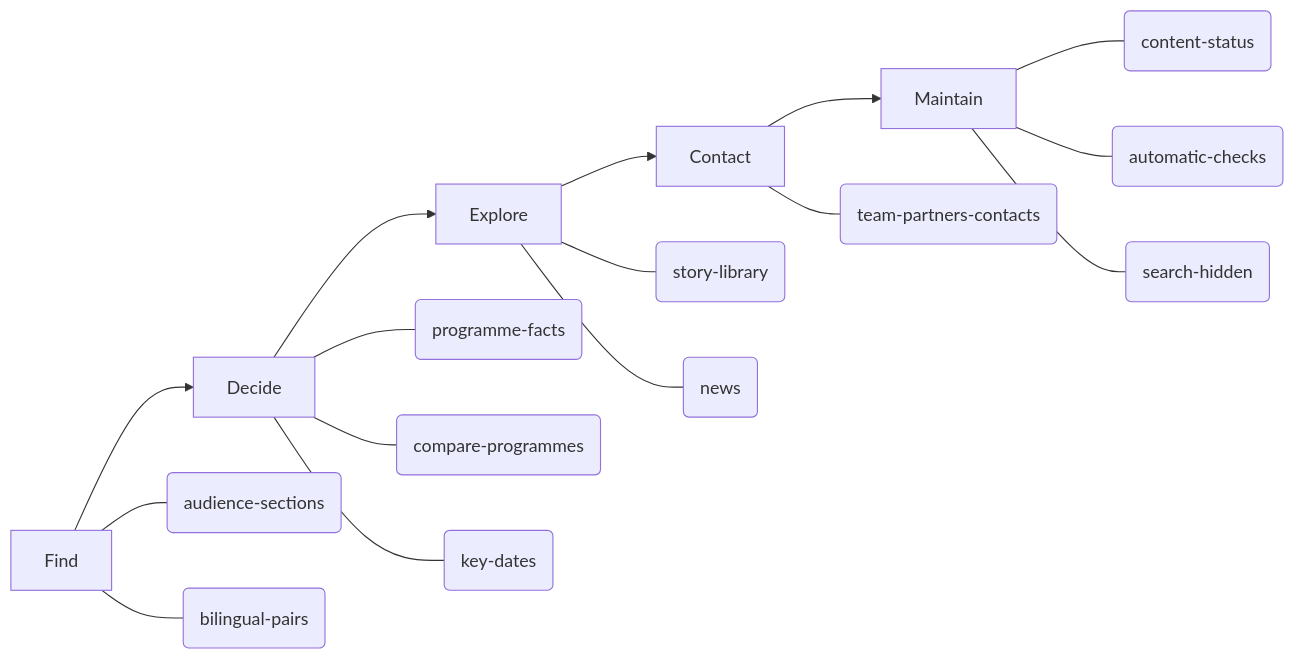
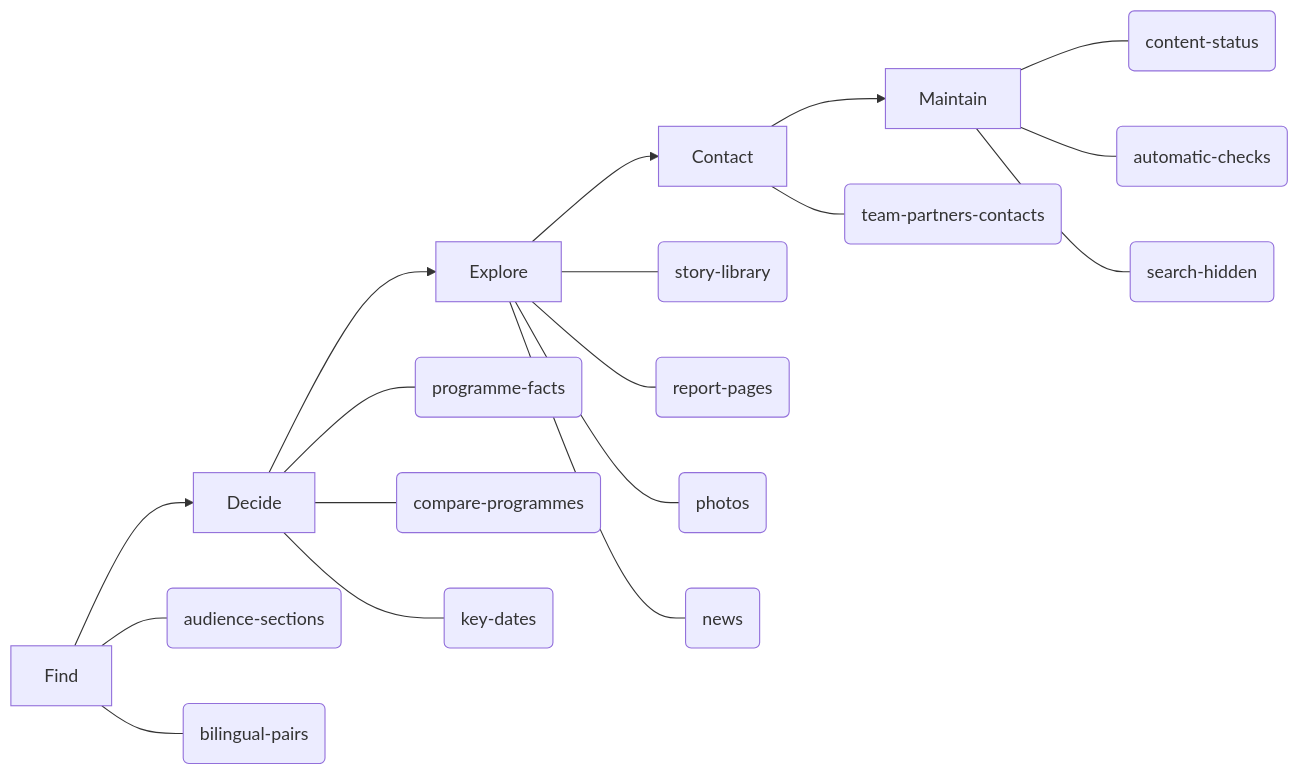
Before and after one commit to BasileChretien/nagoya-med-intl-prototype: the diagram in docs/features.md, drawn with Mermaid. The commit also changed other lines of this file and 1689 other files, not shown here.

First line of the commit message:
feat: photos with bilingual descriptions and every report in both languages (#1)

````diff
--- a/docs/features.md
+++ b/docs/features.md
@@ -5,23 +5,25 @@
 ```mermaid
 flowchart LR
   S0["Find"]
   S1["Decide"]
   S2["Explore"]
   S3["Contact"]
   S4["Maintain"]
   S0 --> S1
   S1 --> S2
   S2 --> S3
   S3 --> S4
   S0 --- audience_sections("audience-sections")
   S0 --- bilingual_pairs("bilingual-pairs")
   S1 --- programme_facts("programme-facts")
   S1 --- compare_programmes("compare-programmes")
   S1 --- key_dates("key-dates")
   S2 --- story_library("story-library")
+  S2 --- report_pages("report-pages")
+  S2 --- photos("photos")
   S2 --- news("news")
   S3 --- team_partners_contacts("team-partners-contacts")
   S4 --- content_status("content-status")
   S4 --- automatic_checks("automatic-checks")
   S4 --- search_hidden("search-hidden")
 ```
````
